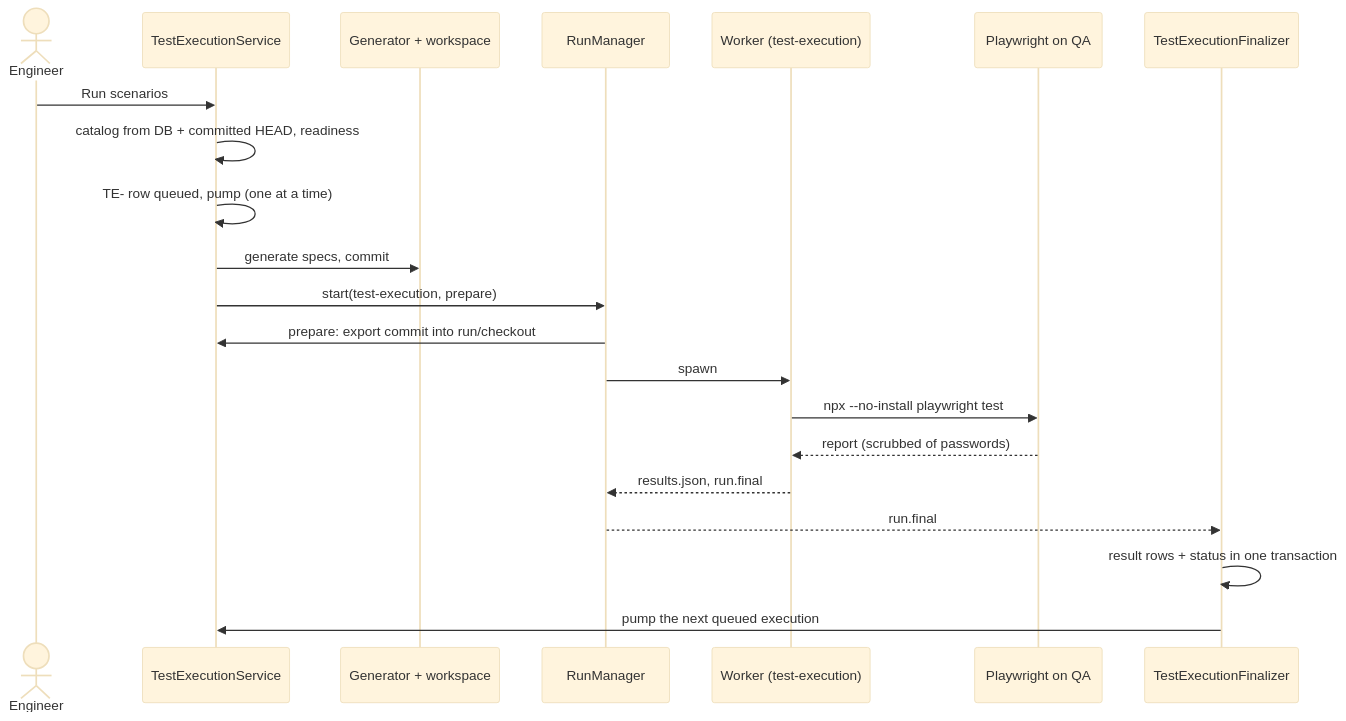
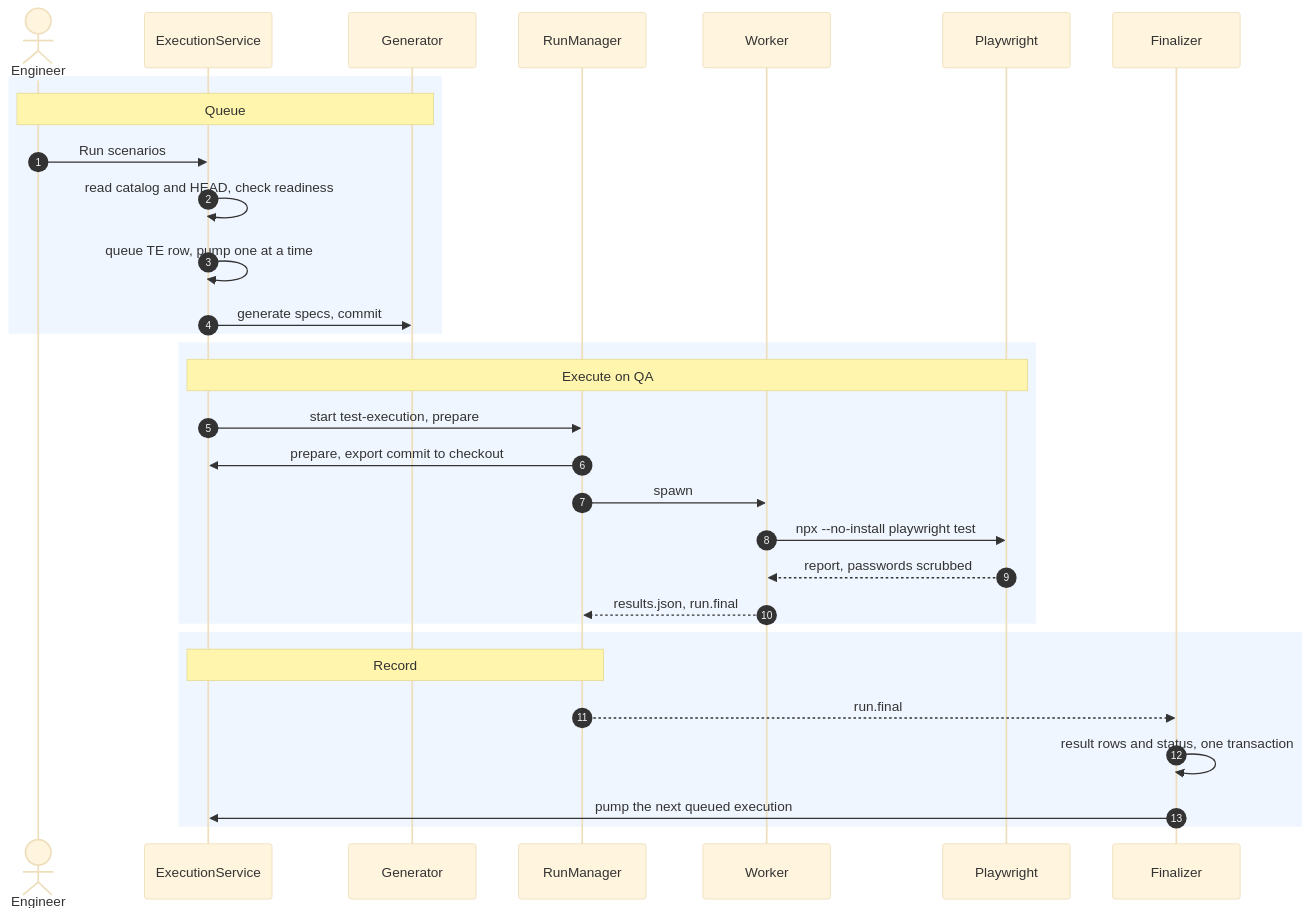
One commit to ram-020998/project-tracker changed the sixth of 6 diagrams in genesis/architecture/07-runtime-view.md. Above: the diagram before and after it, drawn with Mermaid (base theme). The commit also changed other lines of this file and 24 other files, not shown here.

First line of the commit message:
architecture: rewrite all 86 Mermaid diagrams to one C4 style, each render-checked

````diff
--- a/genesis/architecture/07-runtime-view.md
+++ b/genesis/architecture/07-runtime-view.md
@@ -214,23 +277,33 @@
 ```mermaid
 sequenceDiagram
+    autonumber
     actor U as Engineer
-    participant E as TestExecutionService
-    participant G as Generator + workspace
+    participant E as ExecutionService
+    participant G as Generator
     participant R as RunManager
-    participant K as Worker (test-execution)
-    participant P as Playwright on QA
-    participant F as TestExecutionFinalizer
+    participant K as Worker
+    participant P as Playwright
+    participant F as Finalizer
+    rect rgb(240, 246, 255)
+    Note over U,G: Queue
     U->>E: Run scenarios
-    E->>E: catalog from DB + committed HEAD, readiness
-    E->>E: TE- row queued, pump (one at a time)
+    E->>E: read catalog and HEAD, check readiness
+    E->>E: queue TE row, pump one at a time
     E->>G: generate specs, commit
-    E->>R: start(test-execution, prepare)
-    R->>E: prepare: export commit into run/checkout
+    end
+    rect rgb(240, 246, 255)
+    Note over E,P: Execute on QA
+    E->>R: start test-execution, prepare
+    R->>E: prepare, export commit to checkout
     R->>K: spawn
     K->>P: npx --no-install playwright test
-    P-->>K: report (scrubbed of passwords)
+    P-->>K: report, passwords scrubbed
     K-->>R: results.json, run.final
+    end
+    rect rgb(240, 246, 255)
+    Note over R,E: Record
     R-->>F: run.final
-    F->>F: result rows + status in one transaction
+    F->>F: result rows and status, one transaction
     F->>E: pump the next queued execution
+    end
 ```
````
